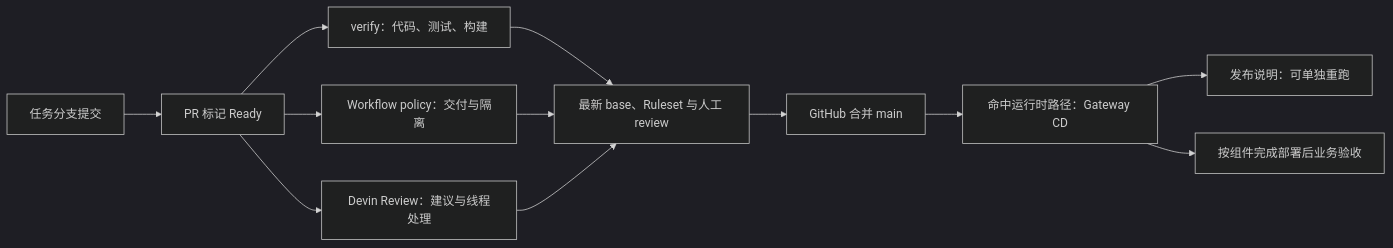
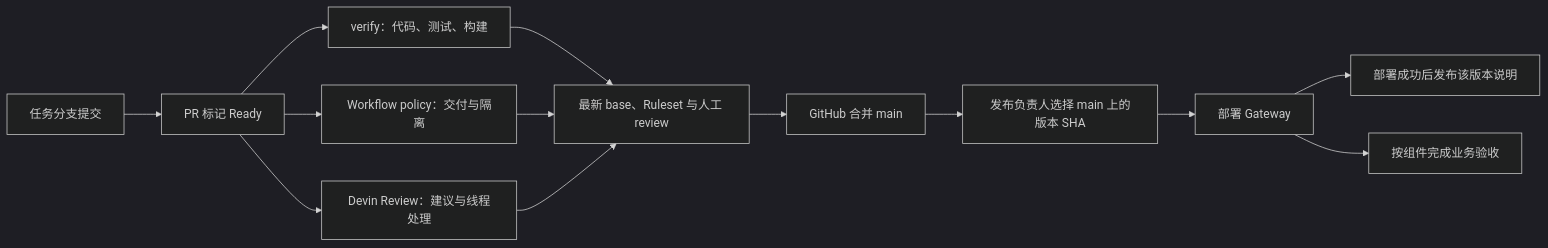
The diagram in docs/agents/actions-delivery.md (kilbertert/AI-Ops), drawn with Mermaid (dark theme) before and after one commit. The commit also changed other lines of this file and 30 other files, not shown here.

````diff
--- a/docs/agents/actions-delivery.md
+++ b/docs/agents/actions-delivery.md
@@ -51,14 +55,15 @@
 ```mermaid
 flowchart LR
     A[任务分支提交] --> B[PR 标记 Ready]
     B --> C[verify：代码、测试、构建]
     B --> D[Workflow policy：交付与隔离]
     B --> E[Devin Review：建议与线程处理]
     C --> F[最新 base、Ruleset 与人工 review]
     D --> F
     E --> F
     F --> G[GitHub 合并 main]
-    G --> H[命中运行时路径：Gateway CD]
-    H --> I[发布说明：可单独重跑]
-    H --> J[按组件完成部署后业务验收]
+    G --> H[发布负责人选择 main 上的版本 SHA]
+    H --> I[部署 Gateway]
+    I --> J[部署成功后发布该版本说明]
+    I --> K[按组件完成业务验收]
 ```
````
